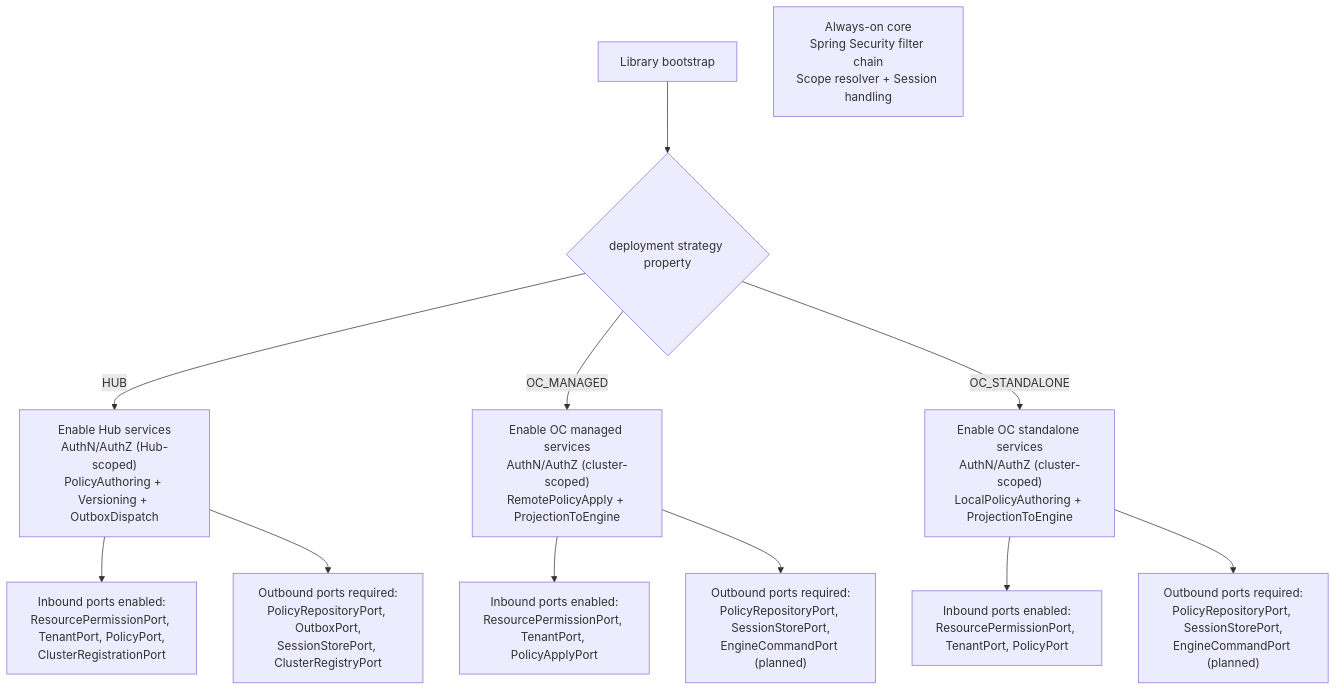
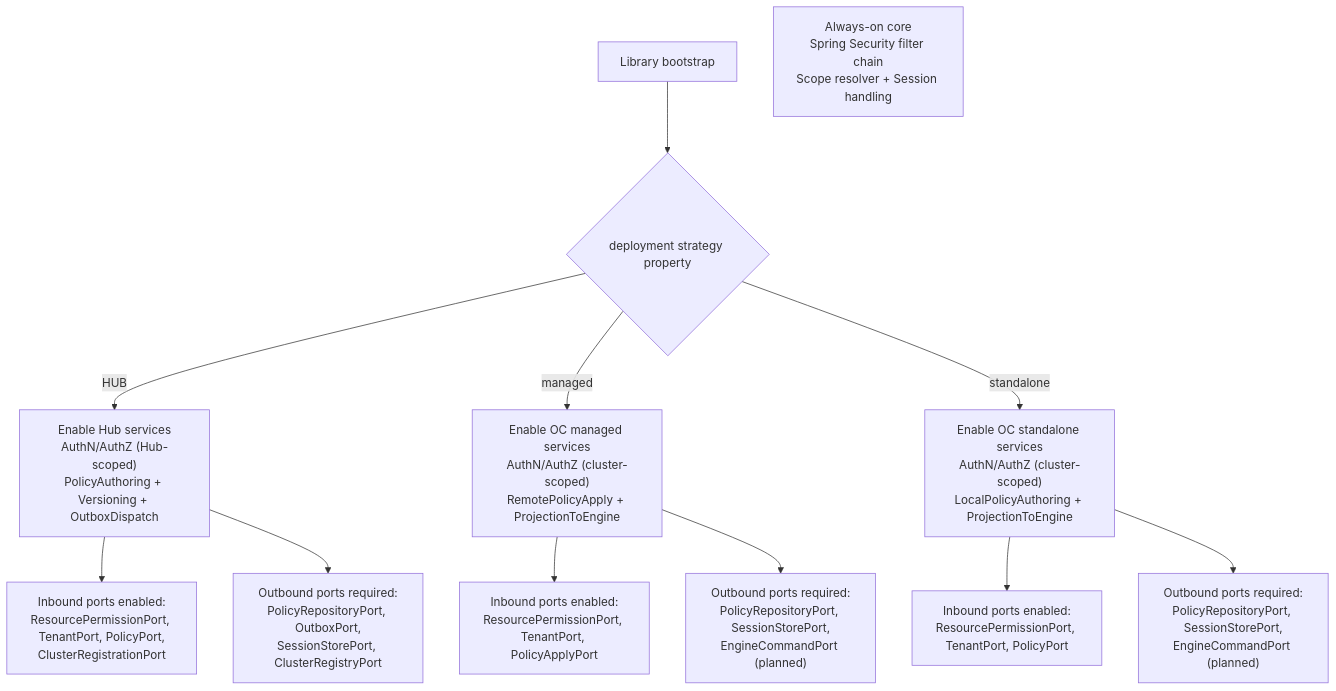
The ninth of 20 diagrams in docs/architecture_docs.md (camunda/camunda-security-library), drawn with Mermaid before and after one commit. The commit also changed other lines of this file and 1 other file, not shown here.

First line of the commit message:
docs: address Lukas's review checklist on architecture_docs (#426)

````diff
--- a/docs/architecture_docs.md
+++ b/docs/architecture_docs.md
@@ -1043,18 +1020,18 @@
 ```mermaid
 flowchart TB
   Start["Library bootstrap"] --> Mode{"deployment strategy property"}
 
   Mode -->|"HUB"| Hub["Enable Hub services<br>AuthN/AuthZ (Hub-scoped)<br>PolicyAuthoring + Versioning + OutboxDispatch"]
-  Mode -->|"OC_MANAGED"| OCM["Enable OC managed services<br>AuthN/AuthZ (cluster-scoped)<br>RemotePolicyApply + ProjectionToEngine"]
-  Mode -->|"OC_STANDALONE"| OCS["Enable OC standalone services<br>AuthN/AuthZ (cluster-scoped)<br>LocalPolicyAuthoring + ProjectionToEngine"]
+  Mode -->|"managed"| OCM["Enable OC managed services<br>AuthN/AuthZ (cluster-scoped)<br>RemotePolicyApply + ProjectionToEngine"]
+  Mode -->|"standalone"| OCS["Enable OC standalone services<br>AuthN/AuthZ (cluster-scoped)<br>LocalPolicyAuthoring + ProjectionToEngine"]
 
   Core["Always-on core<br>Spring Security filter chain<br>Scope resolver + Session handling"]
 
   Hub --> HubIn["Inbound ports enabled:<br>ResourcePermissionPort, TenantPort, PolicyPort,<br>ClusterRegistrationPort"]
   OCM --> OCMIn["Inbound ports enabled:<br>ResourcePermissionPort, TenantPort, PolicyApplyPort"]
   OCS --> OCSPin["Inbound ports enabled:<br>ResourcePermissionPort, TenantPort, PolicyPort"]
 
   Hub --> HubPorts["Outbound ports required:<br>PolicyRepositoryPort, OutboxPort,<br>SessionStorePort, ClusterRegistryPort"]
   OCM --> OCMPorts["Outbound ports required:<br>PolicyRepositoryPort, SessionStorePort,<br>EngineCommandPort (planned)"]
   OCS --> OCSPorts["Outbound ports required:<br>PolicyRepositoryPort, SessionStorePort,<br>EngineCommandPort (planned)"]
 ```
````
